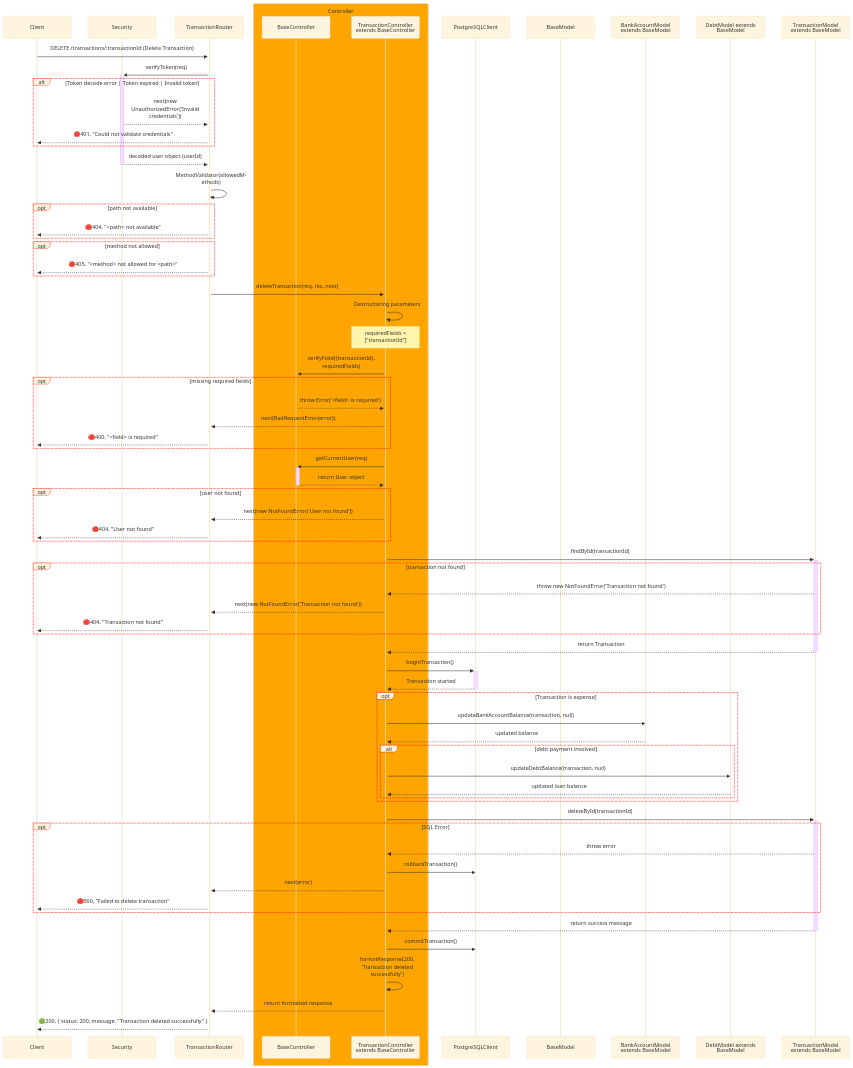
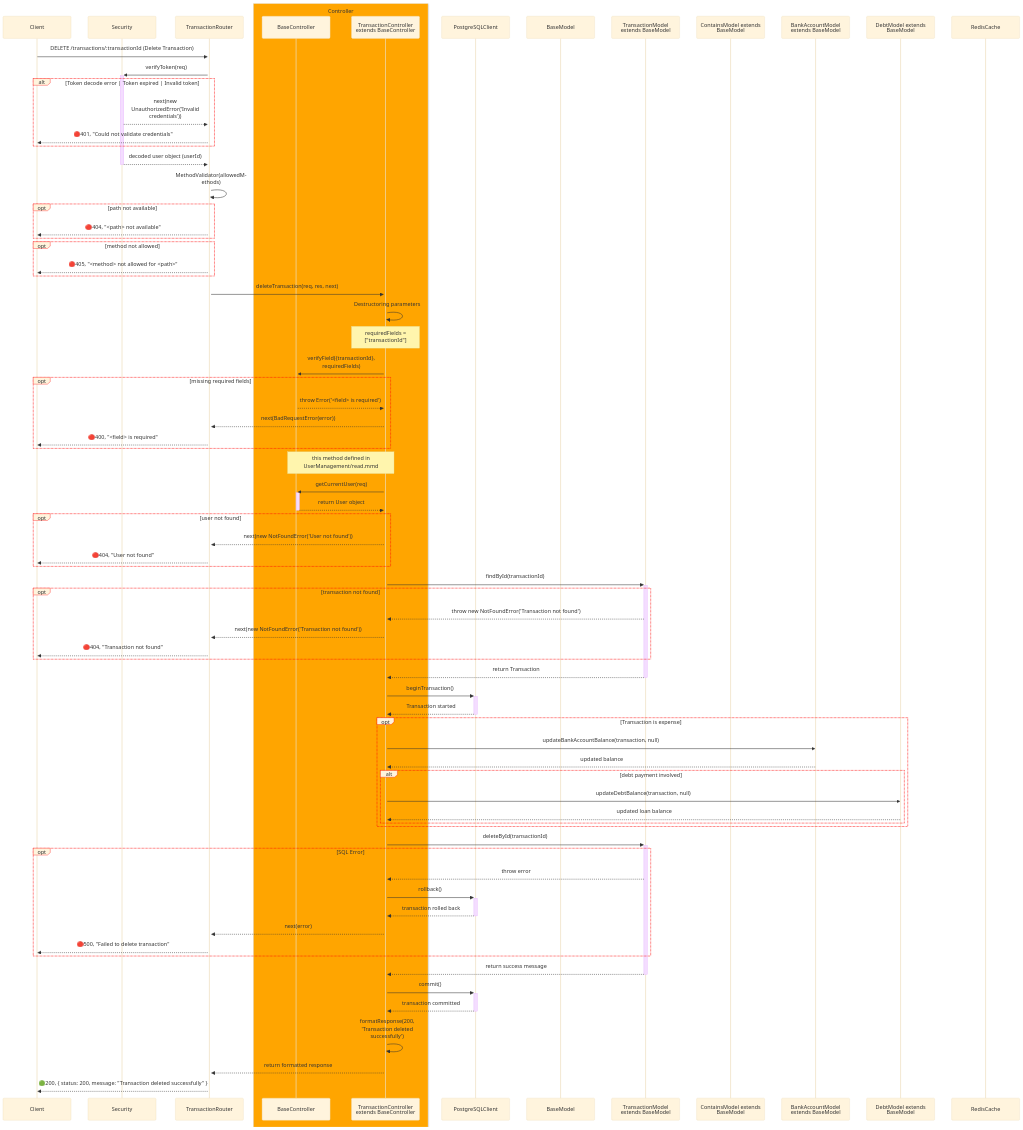
One commit to SawatKia/WealthTracking changed the diagram in design/newClassesDesign/IncomeExpenseManagement/IeDelete.mmd. Above: the diagram before and after it, drawn with Mermaid. The commit also changed 3 other files, not shown here.

```diff
--- a/design/newClassesDesign/IncomeExpenseManagement/IeDelete.mmd
+++ b/design/newClassesDesign/IncomeExpenseManagement/IeDelete.mmd
@@ -1,91 +1,97 @@
 %%{
     init: {
         "theme":"base",
         "themeVariables": {
             'labelBoxBorderColor': '#ff0000'
         },
         "sequence": { 
             "wrap": true, 
             "width": 200 
         } 
     }
 }%%
 sequenceDiagram
     participant Client
     participant Sec as Security
     participant Router as TransactionRouter
     box orange Controller
         participant BaseCont as BaseController
         participant Cont as TransactionController extends BaseController
     end
     participant PGClient as PostgreSQLClient
     participant BaseModel as BaseModel 
-    participant BankModel as BankAccountModel extends BaseModel
+    participant Model as TransactionModel extends BaseModel
+    participant ContainsModel as ContainsModel extends BaseModel
+    participant BankAccountModel as BankAccountModel extends BaseModel
     participant DebtModel as DebtModel extends BaseModel
-    participant Model as TransactionModel extends BaseModel
+    participant Redis as RedisCache
 
     Client->>+Router: DELETE /transactions/:transactionId (Delete Transaction)
     Router->>+Sec: verifyToken(req)
     alt Token decode error | Token expired | Invalid token
         Sec-->>Router: next(new UnauthorizedError('Invalid credentials'))
         Router-->>Client: 🔴401, "Could not validate credentials"
     end
     Sec-->>-Router: decoded user object (userId)
 
     Router->>Router: MethodValidator(allowedMethods)
     opt path not available
         Router-->>Client: 🔴404, "<path> not available"
     end
     opt method not allowed
         Router-->>Client: 🔴405, "<method> not allowed for <path>"
     end
 
     Router->>+Cont: deleteTransaction(req, res, next)
     Cont->>Cont: Destructoring parameters
     Note over Cont: requiredFields = ["transactionId"]
     Cont->>+BaseCont: verifyField({transactionId}, requiredFields)
     opt missing required fields
         BaseCont-->>Cont: throw Error('<field> is required')
         Cont-->>Router: next(BadRequestError(error))
         Router-->>Client: 🔴400, "<field> is required"
     end
+    Note over Cont, BaseCont: this method defined in UserManagement/read.mmd
     Cont->>+BaseCont: getCurrentUser(req)
     BaseCont-->>-Cont: return User object
     opt user not found
         Cont-->>Router: next(new NotFoundError('User not found'))
         Router-->>Client: 🔴404, "User not found"
     end
 
     Cont->>+Model: findById(transactionId)
     opt transaction not found
         Model-->>Cont: throw new NotFoundError('Transaction not found')
         Cont-->>Router: next(new NotFoundError('Transaction not found'))
         Router-->>Client: 🔴404, "Transaction not found"
     end
     Model-->>-Cont: return Transaction
 
     Cont->>+PGClient: beginTransaction()
     PGClient-->>-Cont: Transaction started
 
     opt Transaction is expense
-        Cont->>BankModel: updateBankAccountBalance(transaction, null)
-        BankModel-->>Cont: updated balance
+        Cont->>BankAccountModel: updateBankAccountBalance(transaction, null)
+        BankAccountModel-->>Cont: updated balance
         alt debt payment involved
             Cont->>DebtModel: updateDebtBalance(transaction, null)
             DebtModel-->>Cont: updated loan balance
         end
     end
 
     Cont->>+Model: deleteById(transactionId)
     opt SQL Error
         Model-->>Cont: throw error
-        Cont->>PGClient: rollbackTransaction()
+        Cont->>+PGClient: rollback()
+            PGClient-->>-Cont: transaction rolled back
         Cont-->>Router: next(error)
         Router-->>Client: 🔴500, "Failed to delete transaction"
     end
     Model-->>-Cont: return success message
     
-    Cont->>PGClient: commitTransaction()
+    Cont->>+PGClient: commit()
+    PGClient-->>-Cont: transaction committed
+    
     Cont->>Cont: formatResponse(200, 'Transaction deleted successfully')
     Cont-->>Router: return formatted response
     Router-->>Client: 🟢200, { status: 200, message: "Transaction deleted successfully" }
```
